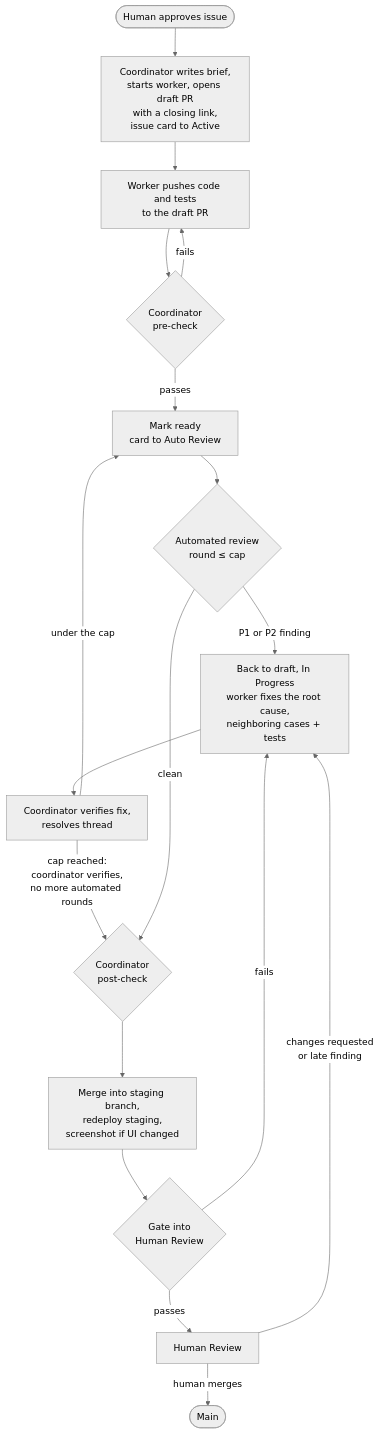
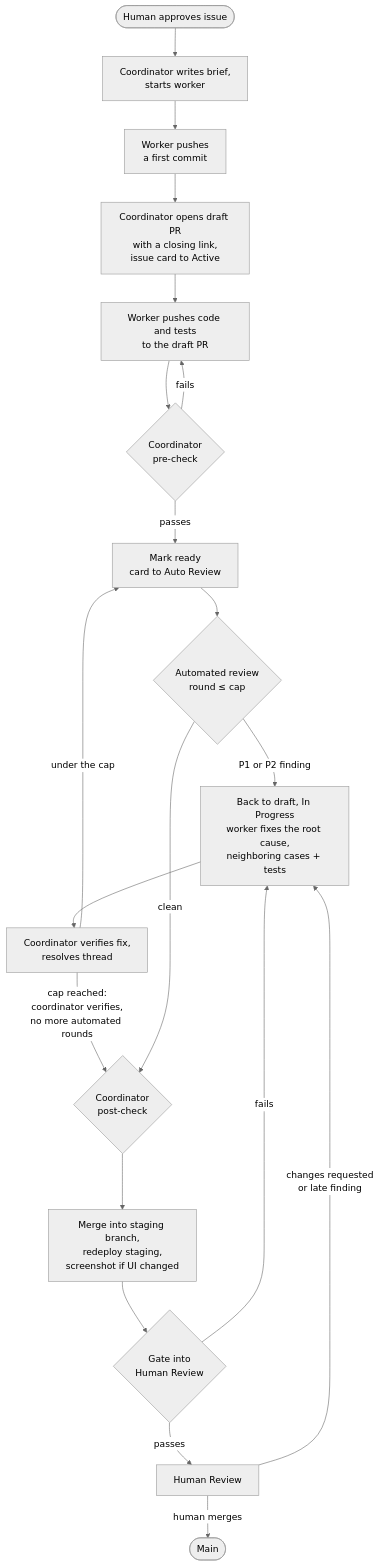
Before and after one commit to tangentcode/methodology: the diagram in diagrams-src/loop.mmd, drawn with Mermaid (neutral theme). The commit also changed 7 other files, not shown here.

Commit message:
Worker pushes a first commit before the coordinator opens the draft PR

```diff
--- a/diagrams-src/loop.mmd
+++ b/diagrams-src/loop.mmd
@@ -1,18 +1,20 @@
 flowchart TD
-    A([Human approves issue]) --> B[Coordinator writes brief,<br/>starts worker, opens draft PR<br/>with a closing link,<br/>issue card to Active]
-    B --> C[Worker pushes code and tests<br/>to the draft PR]
+    A([Human approves issue]) --> B[Coordinator writes brief,<br/>starts worker]
+    B --> B2[Worker pushes<br/>a first commit]
+    B2 --> B3[Coordinator opens draft PR<br/>with a closing link,<br/>issue card to Active]
+    B3 --> C[Worker pushes code and tests<br/>to the draft PR]
     C --> D{Coordinator<br/>pre-check}
     D -->|fails| C
     D -->|passes| E[Mark ready<br/>card to Auto Review]
     E --> F{Automated review<br/>round ≤ cap}
     F -->|P1 or P2 finding| G[Back to draft, In Progress<br/>worker fixes the root cause,<br/>neighboring cases + tests]
     G --> H[Coordinator verifies fix,<br/>resolves thread]
     H -->|under the cap| E
     H -->|cap reached:<br/>coordinator verifies,<br/>no more automated rounds| I
     F -->|clean| I{Coordinator<br/>post-check}
     I --> J[Merge into staging branch,<br/>redeploy staging,<br/>screenshot if UI changed]
     J --> K{Gate into<br/>Human Review}
     K -->|passes| L[Human Review]
     K -->|fails| G
     L -->|changes requested<br/>or late finding| G
     L -->|human merges| M([Main])
```
